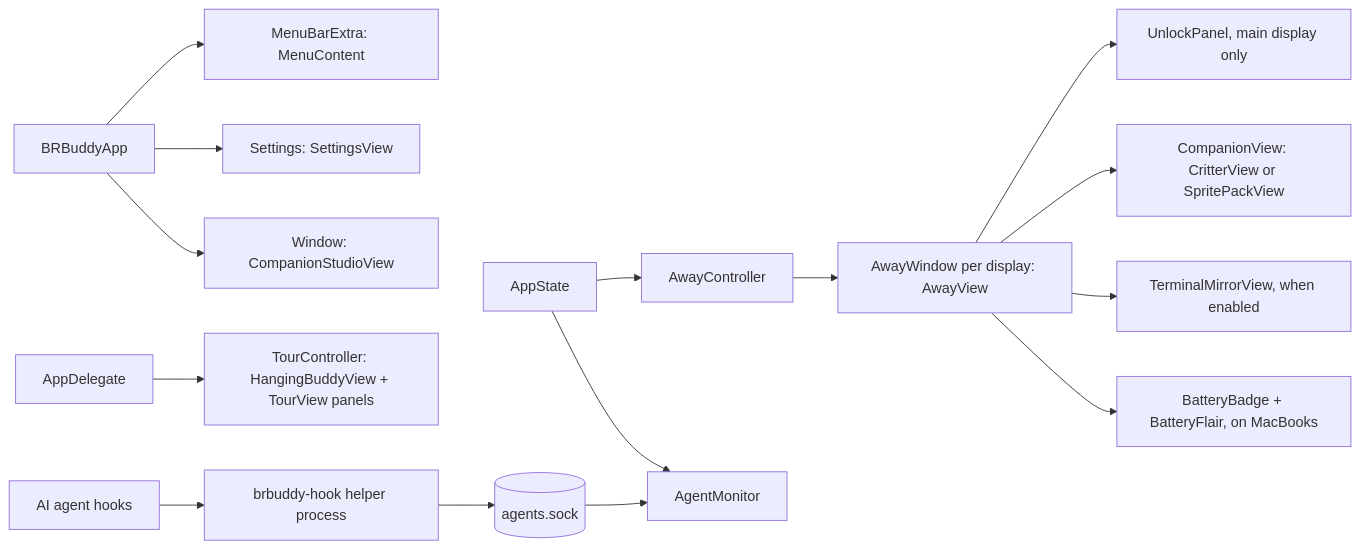
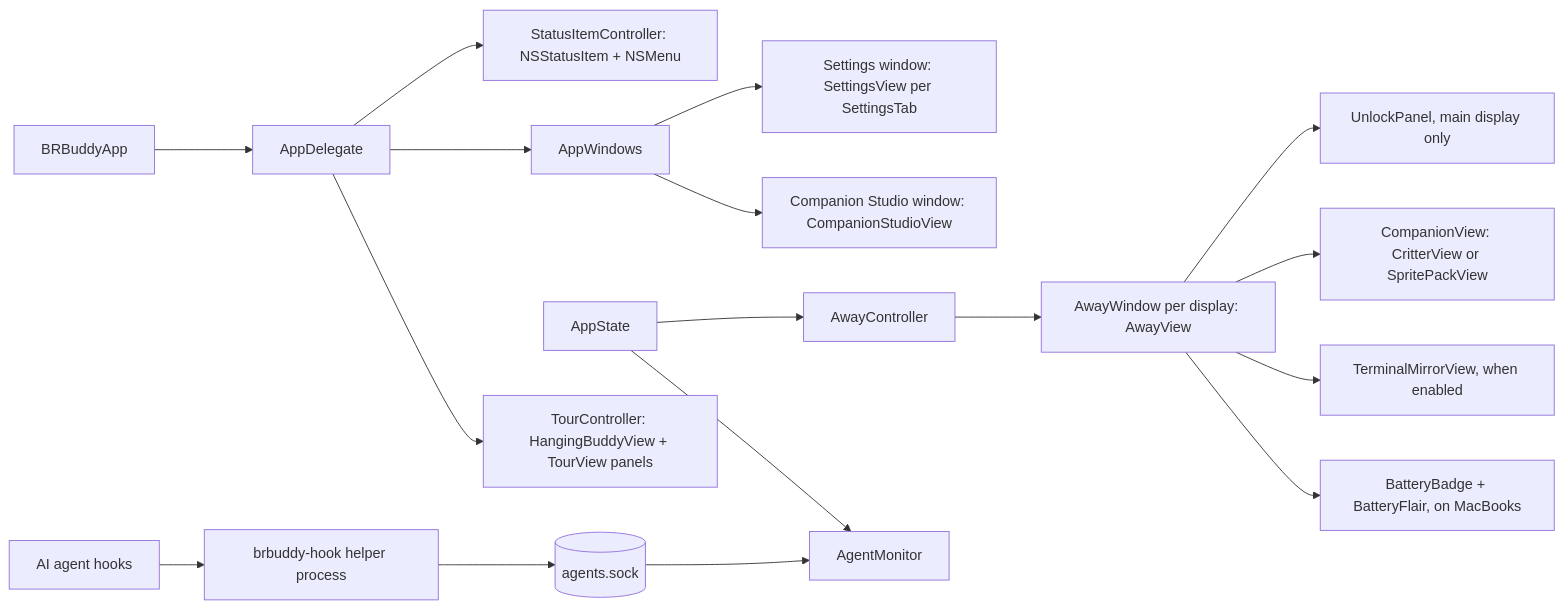
One commit to dhaataalimited-hub/brbuddy changed the first of 2 diagrams in docs/architecture/README.md. Above: the diagram before and after it, drawn with Mermaid. The commit also changed other lines of this file and 20 other files, not shown here.

First line of the commit message:
Own the menu bar item in AppKit; make Try BRB the tour's last step

````diff
--- a/docs/architecture/README.md
+++ b/docs/architecture/README.md
@@ -37,16 +37,18 @@
 ```mermaid
 flowchart LR
-  App[BRBuddyApp] --> Menu[MenuBarExtra: MenuContent]
-  App --> Settings[Settings: SettingsView]
-  App --> Studio[Window: CompanionStudioView]
+  App[BRBuddyApp] --> Delegate[AppDelegate]
+  Delegate --> Menu[StatusItemController: NSStatusItem + NSMenu]
+  Delegate --> Windows[AppWindows]
+  Windows --> Settings[Settings window: SettingsView per SettingsTab]
+  Windows --> Studio[Companion Studio window: CompanionStudioView]
   State[AppState] --> Away[AwayController]
   Away --> Win[AwayWindow per display: AwayView]
   Win --> Unlock[UnlockPanel, main display only]
   Win --> Comp[CompanionView: CritterView or SpritePackView]
   Win --> Mirror[TerminalMirrorView, when enabled]
   Win --> Batt[BatteryBadge + BatteryFlair, on MacBooks]
-  Delegate[AppDelegate] --> Tour[TourController: HangingBuddyView + TourView panels]
+  Delegate --> Tour[TourController: HangingBuddyView + TourView panels]
   Agents[AI agent hooks] --> Hook[brbuddy-hook helper process]
   Hook --> Sock[(agents.sock)] --> Monitor[AgentMonitor]
   State --> Monitor
 ```
````
